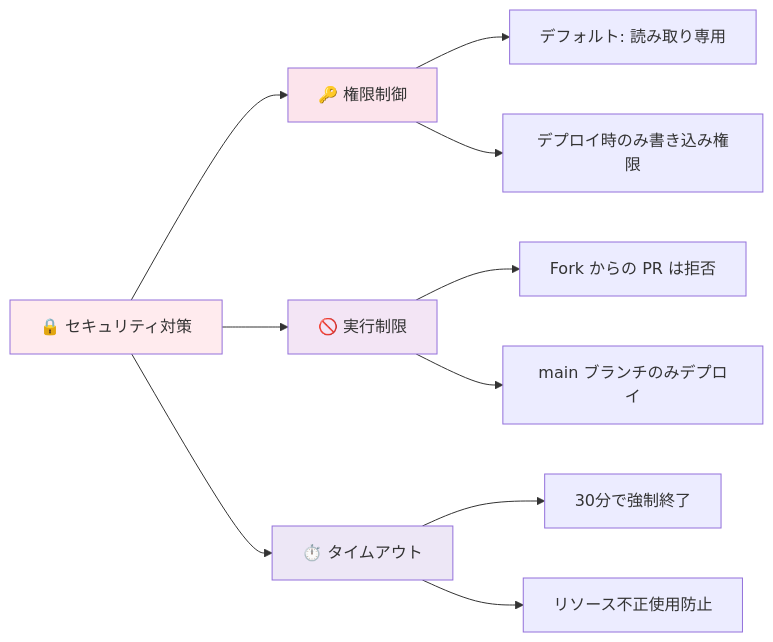
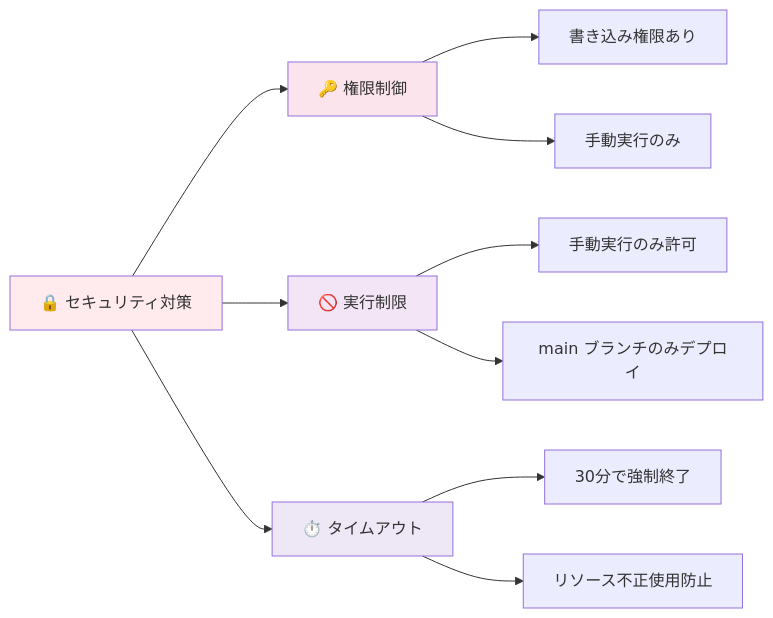
The fifth of 5 diagrams in README.md (cocomomojo/test_app), drawn with Mermaid before and after one commit. The commit also changed other lines of this file, not shown here.

````diff
--- a/README.md
+++ b/README.md
@@ -533,20 +518,20 @@
 ```mermaid
 graph LR
     A[🔒 セキュリティ対策] --> B[🔑 権限制御]
     A --> C[🚫 実行制限]
     A --> D[⏱️ タイムアウト]
     
-    B --> B1[デフォルト: 読み取り専用]
-    B --> B2[デプロイ時のみ書き込み権限]
+    B --> B1[書き込み権限あり]
+    B --> B2[手動実行のみ]
     
-    C --> C1[Fork からの PR は拒否]
+    C --> C1[手動実行のみ許可]
     C --> C2[main ブランチのみデプロイ]
     
     D --> D1[30分で強制終了]
     D --> D2[リソース不正使用防止]
     
     style A fill:#ffebee
     style B fill:#fce4ec
     style C fill:#f3e5f5
     style D fill:#ede7f6
 ```
````
